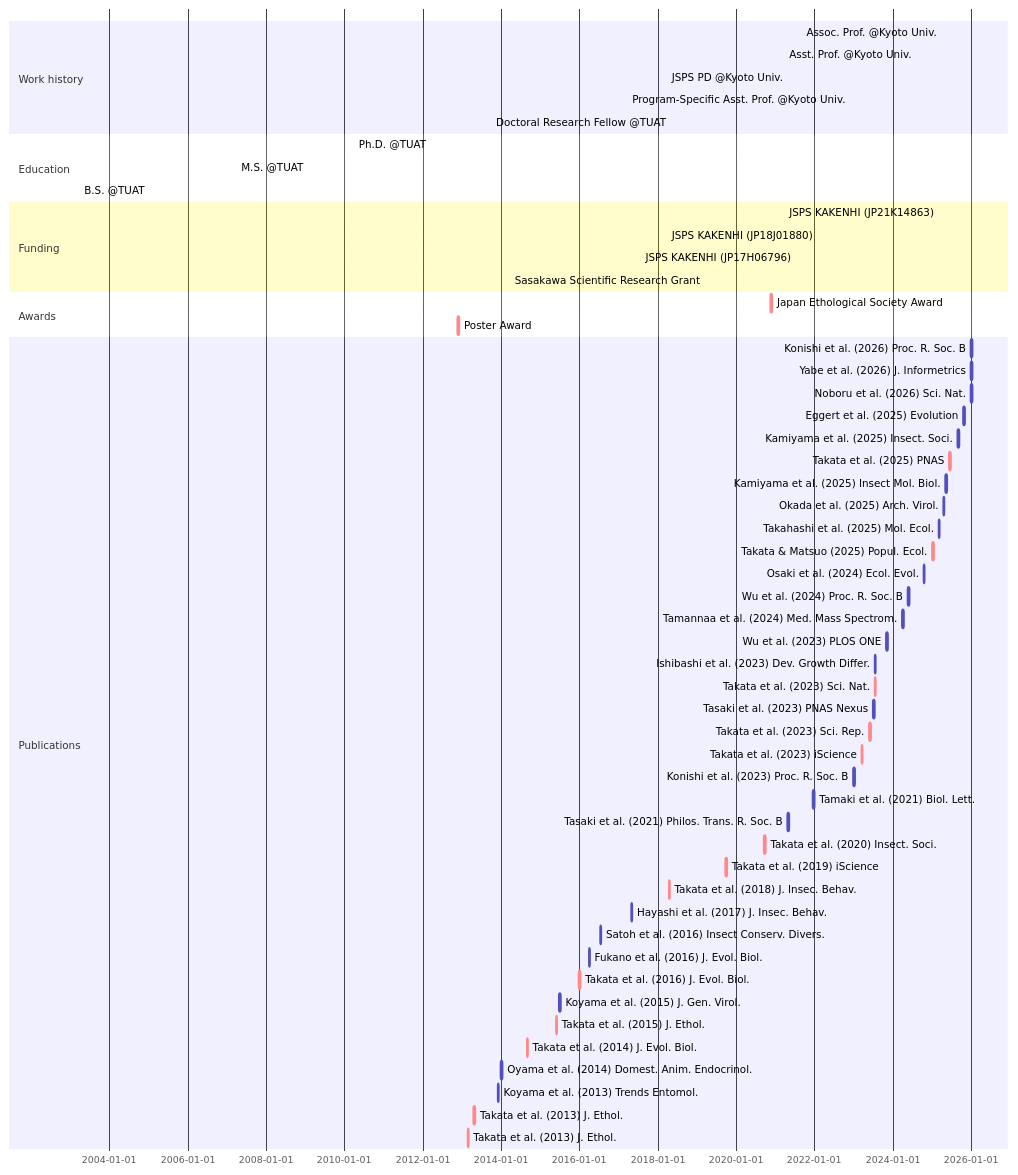
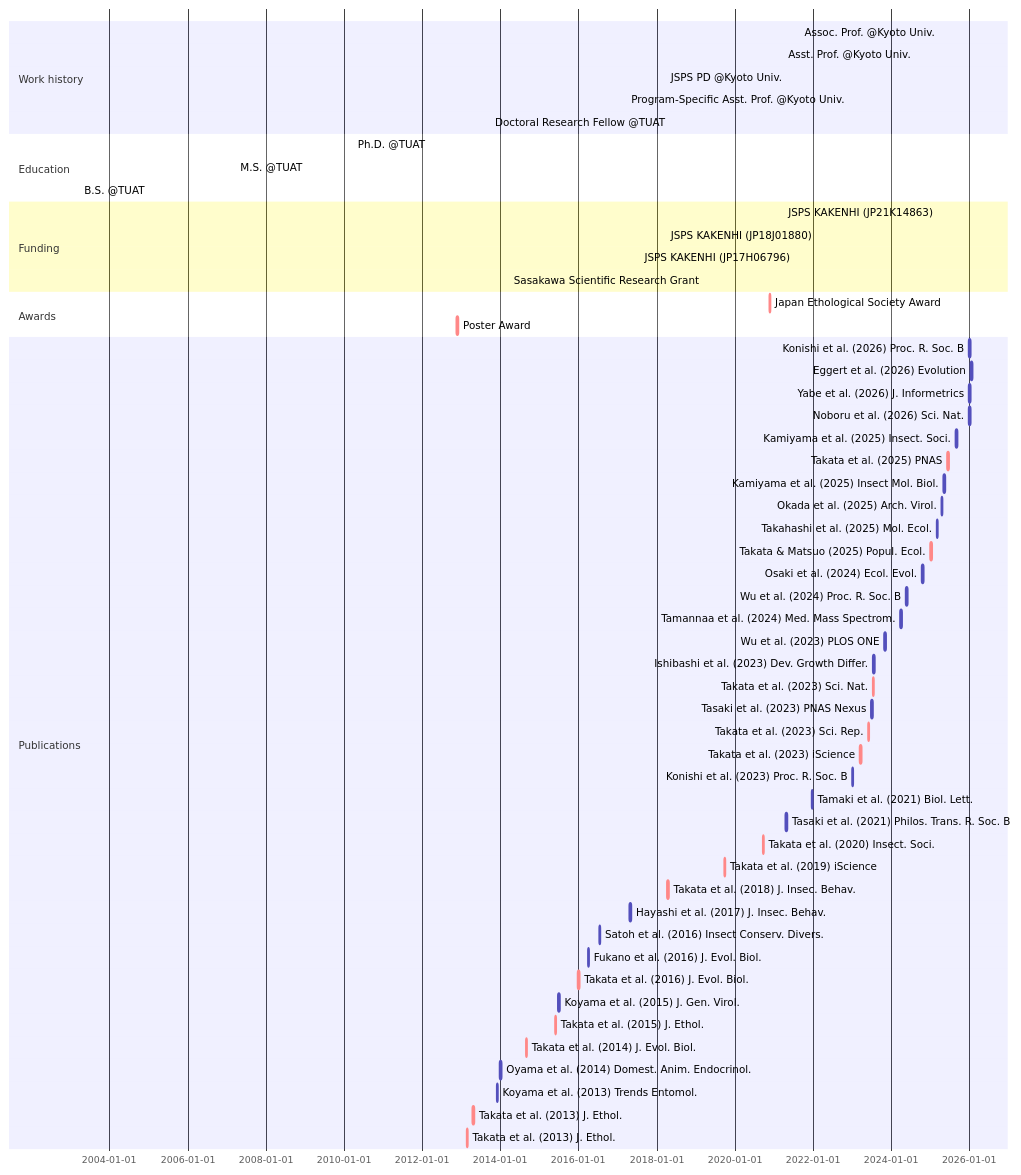
Before and after one commit to MamoruTakata/MamoruTakata.github.io: the diagram in _includes/mermaid-cv.md, drawn with Mermaid.

````diff
--- a/_includes/mermaid-cv.md
+++ b/_includes/mermaid-cv.md
@@ -1,62 +1,62 @@
 ```mermaid
 gantt
 section Work history
   Assoc. Prof. @Kyoto Univ.                     : active, Assoc. Prof., 2025-04-01, 2030-03-31
   Asst. Prof. @Kyoto Univ.                      : active, Asst. Prof., 2021-04-01, 2025-03-31
   JSPS PD @Kyoto Univ.                          : active, PD, 2018-04-01, 2021-03-31
   Program-Specific Asst. Prof. @Kyoto Univ.     : active, Program-Specific Asst. Prof., 2017-04-01, 2018-03-31
   Doctoral Research Fellow @TUAT                : active, Program-Specific Asst. Prof., 2013-10-01, 2017-03-31
 
 section Education
   Ph.D. @TUAT    : Ph.D., 2010-04-01, 2013-09-18
   M.S. @TUAT     : M.S., 2007-04-01, 2010-03-31
   B.S. @TUAT     : B.S., 2003-04-01, 2007-03-31
 
 section Funding
   JSPS KAKENHI (JP21K14863)                     : active, grant_young, 2021-04-01, 2026-03-31
   JSPS KAKENHI (JP18J01880)                     : active, grant_PD, 2018-04-01, 2021-03-31
   JSPS KAKENHI (JP17H06796)                     : active, grant_start, 2017-08-01, 2018-03-31
   Sasakawa Scientific Research Grant            : active, grant_Sasagawa, 2014-04-01, 2015-03-31
 
 section Awards
   Japan Ethological Society Award               : crit, aw_2, 2020-11-21, 2w
   Poster Award                                  : crit, aw_1, 2012-11-24, 2w
 
 section Publications
   Konishi et al. (2026) Proc. R. Soc. B         :       Konishi et al. 2026, 2026-01-02, 2w
+  Eggert et al. (2026) Evolution                :       Eggert et al. 2026, 2026-1-20, 2w
   Yabe et al. (2026) J. Informetrics            :       Yabe et al. 2026, 2026-1-3, 2w
   Noboru et al. (2026) Sci. Nat.                :       Noboru et al. 2026, 2026-1-1, 2w
-  Eggert et al. (2025) Evolution                :       Eggert et al. 2025, 2025-10-23, 2w
   Kamiyama et al. (2025) Insect. Soci.          :       Kamiyama et al. 2025, 2025-08-31, 2w
   Takata et al. (2025) PNAS                     : crit, Takata et al. 2025, 2025-06-13, 2w
   Kamiyama et al. (2025) Insect Mol. Biol.      :       Kamiyama et al. 2025, 2025-05-11, 2w
   Okada et al. (2025) Arch. Virol.              :       Okada et al. 2025, 2025-04-16, 2w
   Takahashi et al. (2025) Mol. Ecol.            :       Takahashi et al. 2025, 2025-03-04, 2w
   Takata & Matsuo (2025) Popul. Ecol.           : crit, Takata & Matsuo 2025, 2025-01-07, 2w
   Osaki et al. (2024) Ecol. Evol.               :       Osaki et al. 2024, 2024-10-17, 2w
   Wu et al. (2024) Proc. R. Soc. B              :       Wu et al. 2024, 2024-05-22, 2w
   Tamannaa et al. (2024) Med. Mass Spectrom.    :       Tamannaa et al. 2024, 2024-04-01, 2w
   Wu et al. (2023) PLOS ONE                     :       Wu et al. 2023, 2023-11-02, 2w
   Ishibashi et al. (2023) Dev. Growth Differ.   :       Ishibashi et al. 2023, 2023-07-18, 2w
   Takata et al. (2023) Sci. Nat.                : crit, Takata et al. 2023c, 2023-07-17, 2w
   Tasaki et al. (2023) PNAS Nexus               :       Tasaki et al. 2023, 2023-07-04, 2w
   Takata et al. (2023) Sci. Rep.                : crit, Takata et al. 2023b, 2023-05-31, 2w
   Takata et al. (2023) iScience                 : crit, Takata et al. 2023a, 2023-03-17, 2w
   Konishi et al. (2023) Proc. R. Soc. B         :       Konishi et al. 2023, 2023-01-04, 2w
   Tamaki et al. (2021) Biol. Lett.              :       Tamaki et al. 2021, 2021-12-22, 2w
   Tasaki et al. (2021) Philos. Trans. R. Soc. B :       Tasaki et al. 2021, 2021-04-26, 2w
   Takata et al. (2020) Insect. Soci.            : crit, Takata et al. 2020, 2020-09-22, 2w
   Takata et al. (2019) iScience                 : crit, Takata et al. 2019, 2019-09-27, 2w
   Takata et al. (2018) J. Insec. Behav.         : crit, Takata et al. 2018, 2018-04-14, 2w
   Hayashi et al. (2017) J. Insec. Behav.        :       Hayashi et al. 2017, 2017-04-29, 2w
   Satoh et al. (2016) Insect Conserv. Divers.   :       Satoh et al. 2016, 2016-07-16, 2w
   Fukano et al. (2016) J. Evol. Biol.           :       Fukano et al. 2016, 2016-04-01, 2w
   Takata et al. (2016) J. Evol. Biol.           : crit, Takata et al. 2016, 2016-01-01, 2w
   Koyama et al. (2015) J. Gen. Virol.           :       Koyama et al. 2015, 2015-07-01, 2w
   Takata et al. (2015) J. Ethol.                : crit, Takata et al. 2015, 2015-05-28, 2w
   Takata et al. (2014) J. Evol. Biol.           : crit, Takata et al. 2014, 2014-09-01, 2w
   Oyama et al. (2014) Domest. Anim. Endocrinol. :       Oyama et al. 2014, 2014-01-01, 2w
   Koyama et al. (2013) Trends Entomol.          :       Koyama et al. 2013, 2013-12-01, 2w
   Takata et al. (2013) J. Ethol.                : crit, Takata et al. 2015b, 2013-04-21, 2w
   Takata et al. (2013) J. Ethol.                : crit, Takata et al. 2015a, 2013-02-23, 2w
 ```
````
